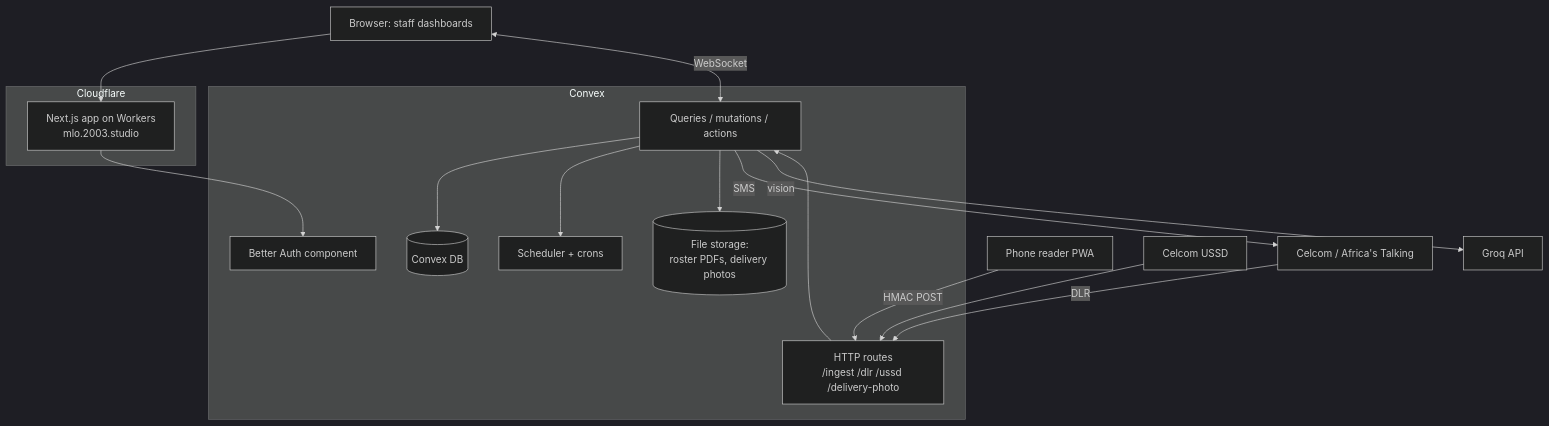
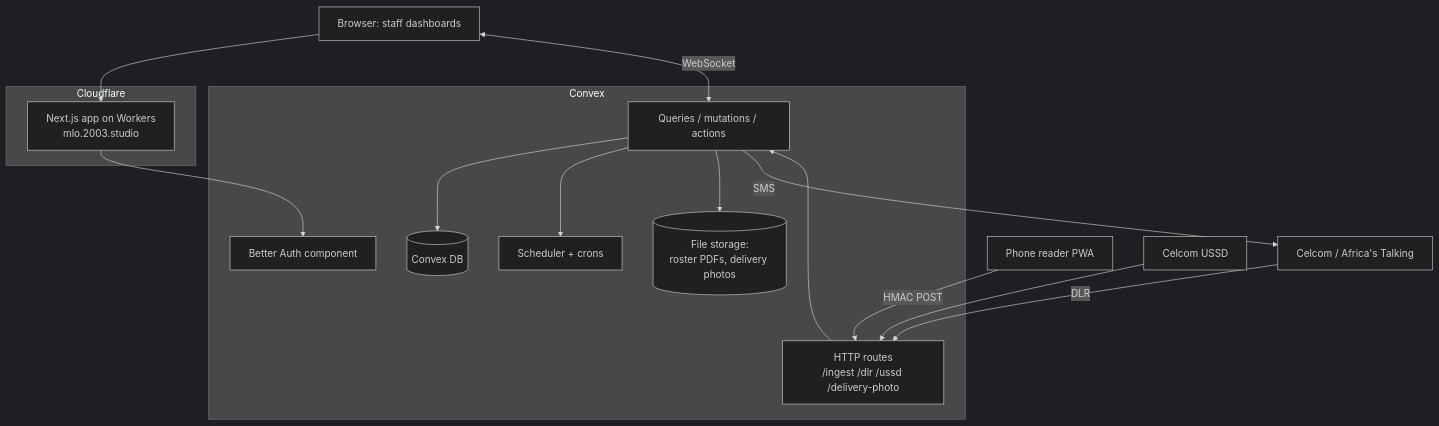
Before and after one commit to shady-mungai/DISHI-PROJECT: the second of 15 diagrams in docs/SYSTEM_OVERVIEW.md, drawn with Mermaid (dark theme). The commit also changed other lines of this file and 16 other files, not shown here.

````diff
--- a/docs/SYSTEM_OVERVIEW.md
+++ b/docs/SYSTEM_OVERVIEW.md
@@ -172,26 +170,25 @@
 ```mermaid
 flowchart TB
   subgraph Cloudflare
     Web[Next.js app on Workers<br/>mlo.2003.studio]
   end
   subgraph Convex
     Fn[Queries / mutations / actions]
     DB[(Convex DB)]
     Sched[Scheduler + crons]
     Store[(File storage:<br/>roster PDFs, delivery photos)]
     HTTP[HTTP routes<br/>/ingest /dlr /ussd /delivery-photo]
     Auth[Better Auth component]
   end
   Browser[Browser: staff dashboards] --> Web
   Browser <-- WebSocket --> Fn
   Phone[Phone reader PWA] -- HMAC POST --> HTTP
   HTTP --> Fn
   Fn --> DB
   Fn --> Sched
   Fn --> Store
   Web --> Auth
   Fn -- SMS --> SMS[Celcom / Africa's Talking]
   SMS -- DLR --> HTTP
   USSD[Celcom USSD] --> HTTP
-  Fn -- vision --> Groq[Groq API]
 ```
````
